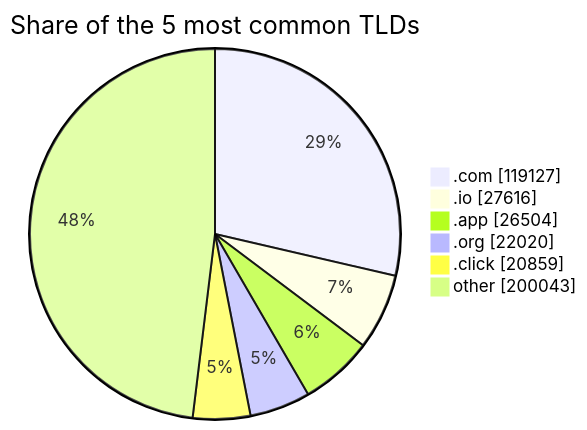
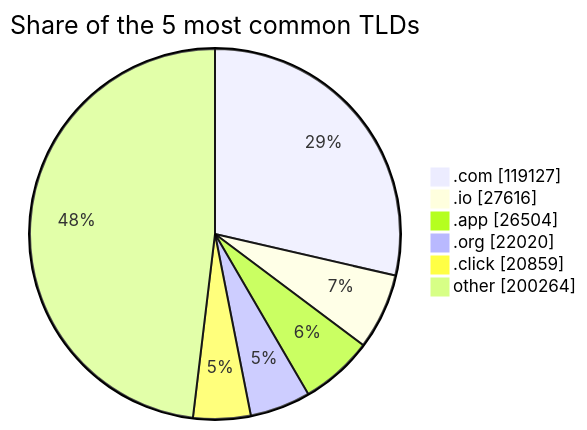
The third of 3 diagrams in README.md (DNSBunker/CTI), drawn with Mermaid before and after one commit. The commit also changed other lines of this file and 3 other files, not shown here.

````diff
--- a/README.md
+++ b/README.md
@@ -81,9 +81,9 @@
 ```mermaid
 pie showData title Share of the 5 most common TLDs
     ".com" : 119127
     ".io" : 27616
     ".app" : 26504
     ".org" : 22020
     ".click" : 20859
-    "other" : 200043
+    "other" : 200264
 ```
````
